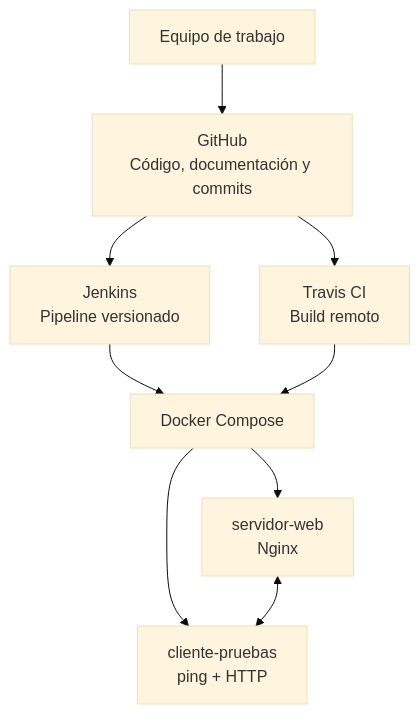
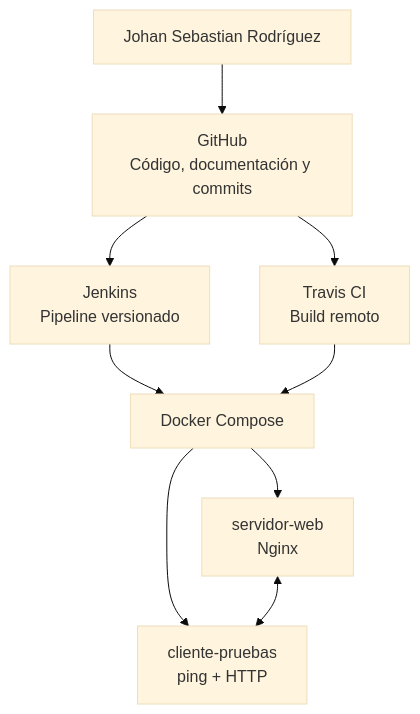
The diagram in docs/final/entrega-final.md (johan-zero/universidad-integracion-continua), drawn with Mermaid (base theme) before and after one commit. The commit also changed other lines of this file, not shown here.

````diff
--- a/docs/final/entrega-final.md
+++ b/docs/final/entrega-final.md
@@ -15,16 +17,16 @@
 ```mermaid
 flowchart TB
-    U[Equipo de trabajo] --> G[GitHub
+    U[Johan Sebastian Rodríguez] --> G[GitHub
 Código, documentación y commits]
     G --> J[Jenkins
 Pipeline versionado]
     G --> T[Travis CI
 Build remoto]
     J --> D[Docker Compose]
     T --> D
     D --> W[servidor-web
 Nginx]
     D --> C[cliente-pruebas
 ping + HTTP]
     W <--> C
 ```
````
